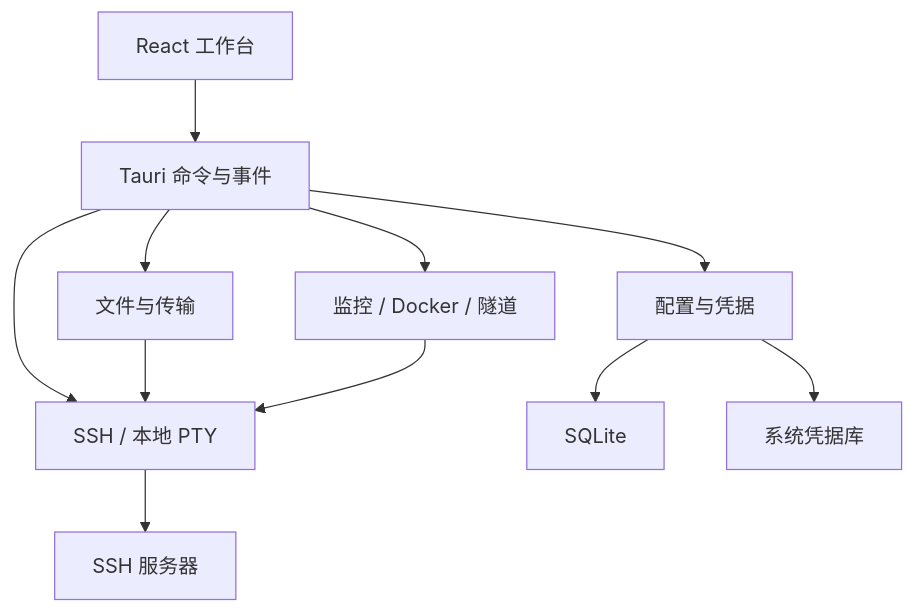
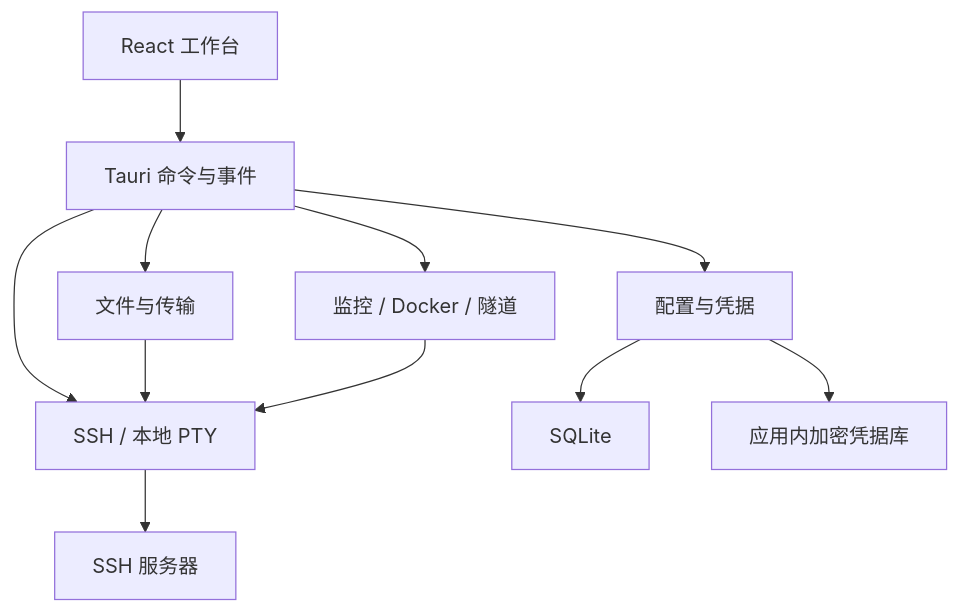
One commit to xzcode/shell-ex changed the diagram in docs/architecture/ARCHITECTURE.md. Above: the diagram before and after it, drawn with Mermaid. The commit also changed other lines of this file and 22 other files, not shown here.

````diff
--- a/docs/architecture/ARCHITECTURE.md
+++ b/docs/architecture/ARCHITECTURE.md
@@ -9,13 +9,13 @@
 ```mermaid
 flowchart TD
   UI["React 工作台"] --> IPC["Tauri 命令与事件"]
   IPC --> Sessions["SSH / 本地 PTY"]
   IPC --> Files["文件与传输"]
   IPC --> Ops["监控 / Docker / 隧道"]
   IPC --> Data["配置与凭据"]
   Files --> Sessions
   Ops --> Sessions
   Data --> DB["SQLite"]
-  Data --> Vault["系统凭据库"]
+  Data --> Vault["应用内加密凭据库"]
   Sessions --> Remote["SSH 服务器"]
 ```
````
